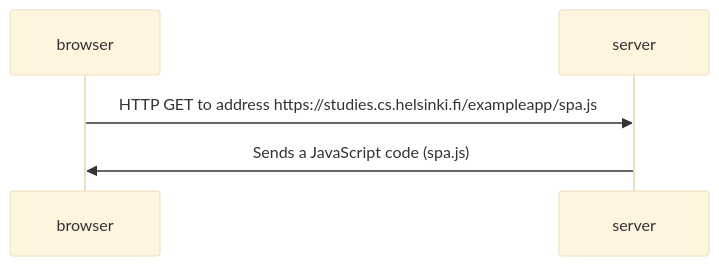
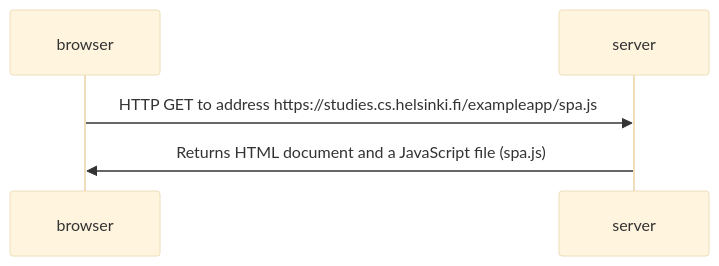
One commit to Tjkallio1/Fullstack-Mooc changed the diagram in Exercises/part 0/spa.md. Above: the diagram before and after it, drawn with Mermaid (base theme).

Commit message:
Päivitys

````diff
--- a/Exercises/part 0/spa.md
+++ b/Exercises/part 0/spa.md
@@ -4,8 +4,8 @@
 ```mermaid
 sequenceDiagram
     participant browser
     participant server
 
     browser->>server: HTTP GET to address https://studies.cs.helsinki.fi/exampleapp/spa.js
-    server->>browser:Sends a JavaScript code (spa.js)
+    server->>browser:Returns HTML document and a JavaScript file (spa.js)
 ```
````
